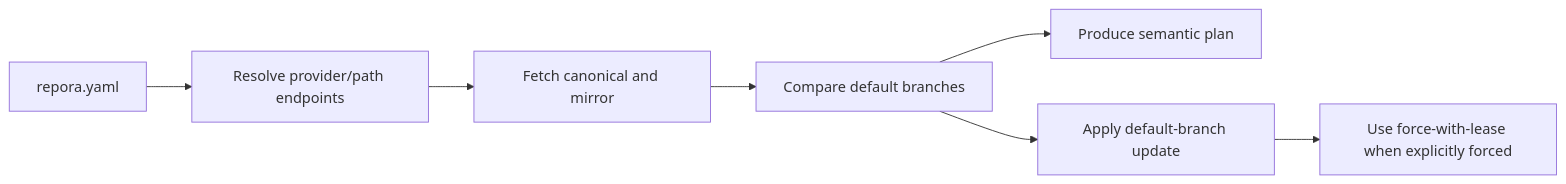
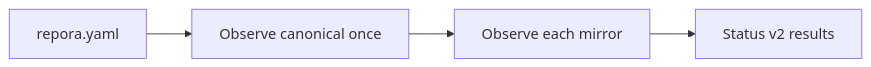
Before and after one commit to hackelia-micrantha/repora: the first of 2 diagrams in README.md, drawn with Mermaid. The commit also changed other lines of this file, not shown here.

Commit message:
Refresh implemented capabilities and roadmap

````diff
--- a/README.md
+++ b/README.md
@@ -70,9 +64,6 @@
 ```mermaid
 flowchart LR
-    Config[repora.yaml] --> Resolver[Resolve provider/path endpoints]
-    Resolver --> Status[Fetch canonical and mirror]
-    Status --> Compare[Compare default branches]
-    Compare --> Plan[Produce semantic plan]
-    Compare --> Apply[Apply default-branch update]
-    Apply --> Lease[Use force-with-lease when explicitly forced]
+    Config[repora.yaml] --> Canonical[Observe canonical once]
+    Canonical --> Mirrors[Observe each mirror]
+    Mirrors --> Status[Status v2 results]
 ```
````
